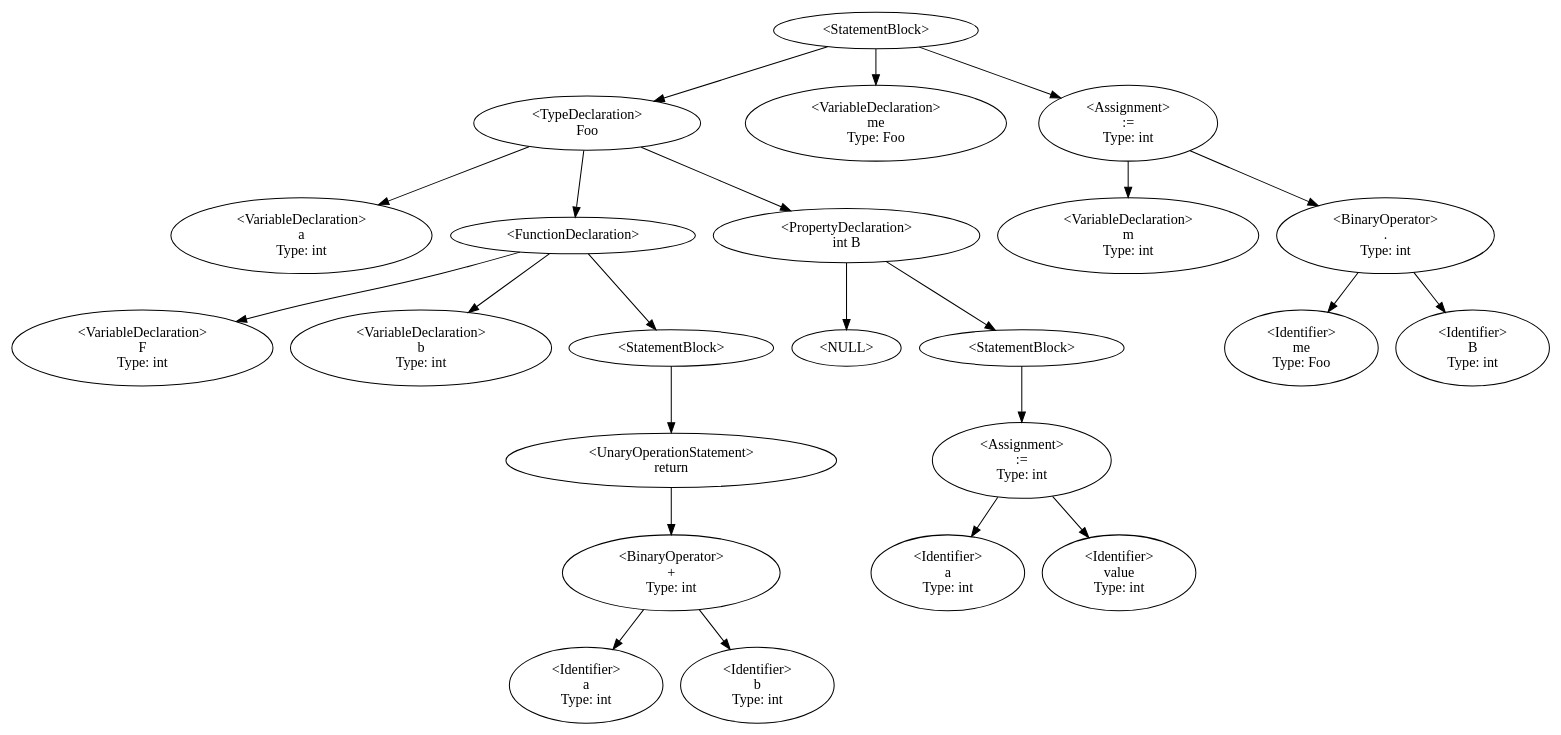
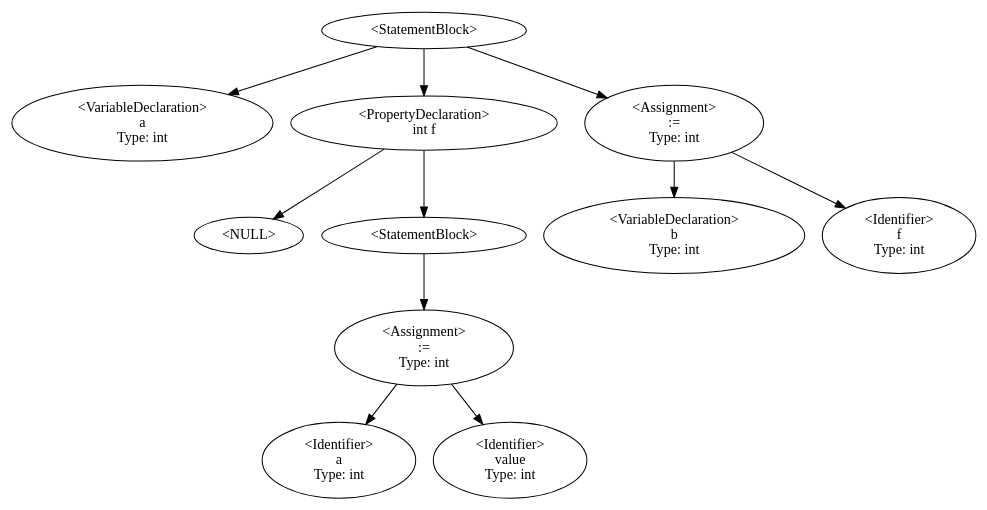
The diagram in Dino/Dino/DstDisplay.gv (QazmoQwerty/dino), drawn with Graphviz before and after one commit. The commit also changed 4 other files, not shown here.

```diff
--- a/Dino/Dino/DstDisplay.gv
+++ b/Dino/Dino/DstDisplay.gv
@@ -1,39 +1,19 @@
 digraph G {
-8 [label="<StatementBlock>"];8->9;8->32;8->39;
-9 [label="<TypeDeclaration>\nFoo"];9->10;9->14;9->31;
-10 [label="<VariableDeclaration>\na
+8 [label="<StatementBlock>"];8->9;8->17;8->21;
+9 [label="<VariableDeclaration>\na
 Type: int"];
-14 [label="<FunctionDeclaration>"];14->12;14->15;14->17;
-12 [label="<VariableDeclaration>\nF
+17 [label="<PropertyDeclaration>\nint f"];17->-1;-1 [label="<NULL>"];17->12;
+12 [label="<StatementBlock>"];12->15;
+15 [label="<Assignment>\n:=
+Type: int"];15->14;15->13;
+14 [label="<Identifier>\na
 Type: int"];
-15 [label="<VariableDeclaration>\nb
+13 [label="<Identifier>\nvalue
 Type: int"];
-17 [label="<StatementBlock>"];17->21;
-21 [label="<UnaryOperationStatement>\nreturn"];21->20;
-20 [label="<BinaryOperator>\n+
-Type: int"];20->19;20->18;
-19 [label="<Identifier>\na
+21 [label="<Assignment>\n:=
+Type: int"];21->19;21->18;
+19 [label="<VariableDeclaration>\nb
 Type: int"];
-18 [label="<Identifier>\nb
-Type: int"];
-31 [label="<PropertyDeclaration>\nint B"];31->-1;-1 [label="<NULL>"];31->26;
-26 [label="<StatementBlock>"];26->29;
-29 [label="<Assignment>\n:=
-Type: int"];29->28;29->27;
-28 [label="<Identifier>\na
-Type: int"];
-27 [label="<Identifier>\nvalue
-Type: int"];
-32 [label="<VariableDeclaration>\nme
-Type: Foo"];
-39 [label="<Assignment>\n:=
-Type: int"];39->37;39->36;
-37 [label="<VariableDeclaration>\nm
-Type: int"];
-36 [label="<BinaryOperator>\n.
-Type: int"];36->34;36->35;
-34 [label="<Identifier>\nme
-Type: Foo"];
-35 [label="<Identifier>\nB
+18 [label="<Identifier>\nf
 Type: int"];
 }
```
